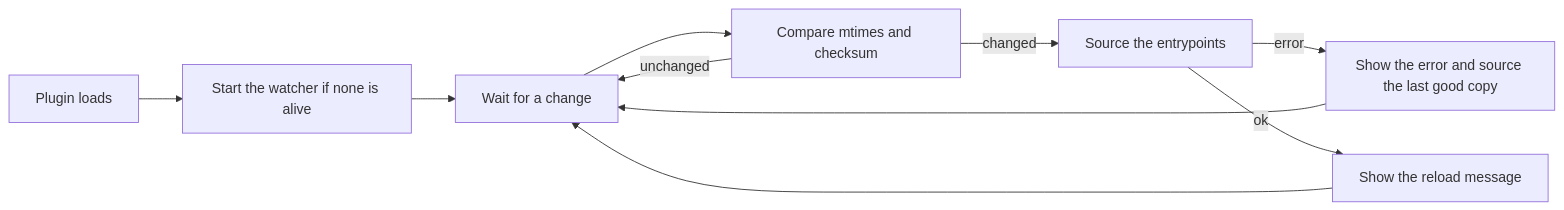
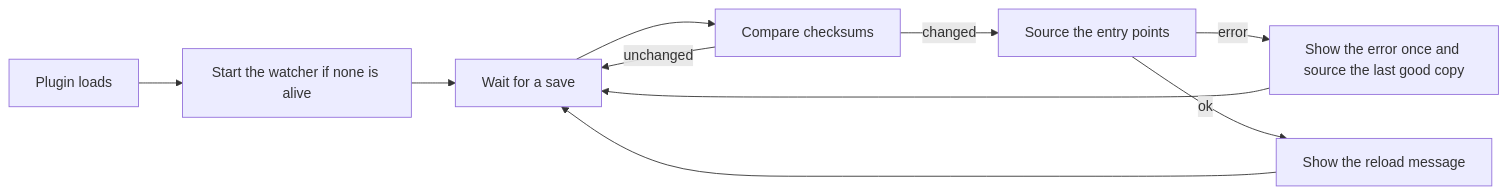
Before and after one commit to tmux-revamped/tmux-autoreload-revamped: the diagram in README.md, drawn with Mermaid. The commit also changed other lines of this file and 152 other files, not shown here.

````diff
--- a/README.md
+++ b/README.md
@@ -140,12 +115,12 @@
 ```mermaid
 graph LR
     Load[Plugin loads] --> Ensure[Start the watcher if none is alive]
-    Ensure --> Wait[Wait for a change]
-    Wait --> Diff[Compare mtimes and checksum]
+    Ensure --> Wait[Wait for a save]
+    Wait --> Diff[Compare checksums]
     Diff -->|unchanged| Wait
-    Diff -->|changed| Source[Source the entrypoints]
-    Source -->|error| Rollback[Show the error and source the last good copy]
+    Diff -->|changed| Source[Source the entry points]
+    Source -->|error| Rollback[Show the error once and source the last good copy]
     Source -->|ok| Announce[Show the reload message]
     Rollback --> Wait
     Announce --> Wait
 ```
````
